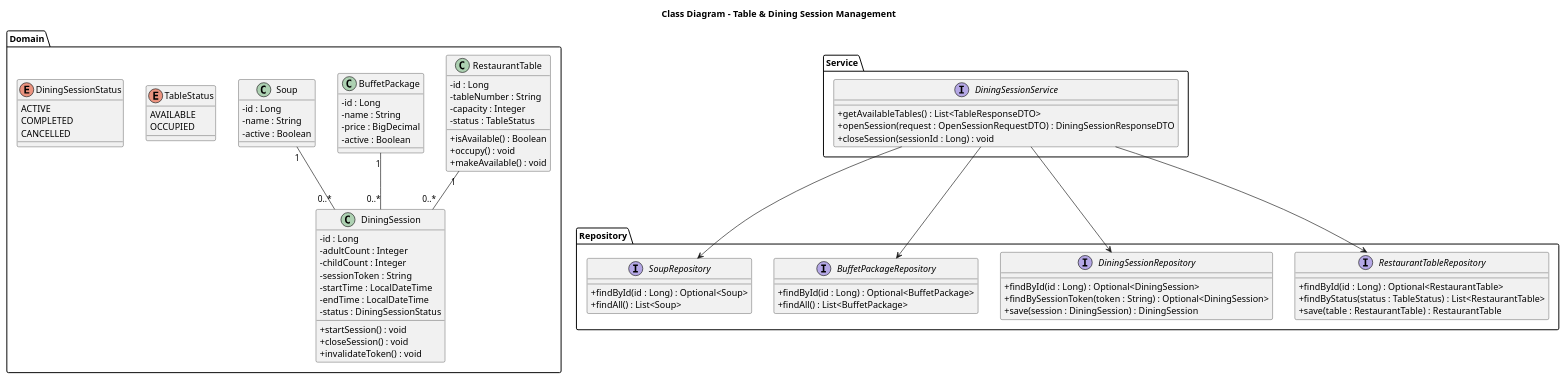
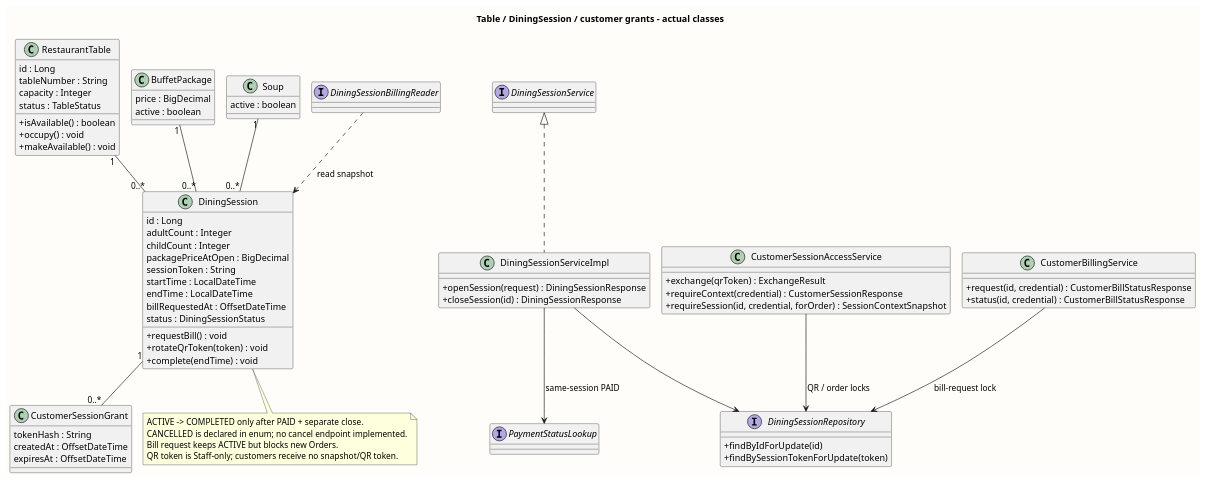
The diagram in doc/diagrams/class-table-session.puml (PavaritPramual/buffet-restaurant-management-system), drawn with PlantUML before and after one commit. The commit also changed 22 other files, not shown here.

Commit message:
docs: align component and session diagrams with runtime flow

```diff
--- a/doc/diagrams/class-table-session.puml
+++ b/doc/diagrams/class-table-session.puml
@@ -1,97 +1,79 @@
 @startuml
-title Class Diagram - Table & Dining Session Management
-
+!pragma layout smetana
+skinparam shadowing false
 skinparam classAttributeIconSize 0
-skinparam shadowing false
-
-package "Domain" {
-    class RestaurantTable {
-        - id : Long
-        - tableNumber : String
-        - capacity : Integer
-        - status : TableStatus
-        + isAvailable() : Boolean
-        + occupy() : void
-        + makeAvailable() : void
-    }
-
-    class DiningSession {
-        - id : Long
-        - adultCount : Integer
-        - childCount : Integer
-        - sessionToken : String
-        - startTime : LocalDateTime
-        - endTime : LocalDateTime
-        - status : DiningSessionStatus
-        + startSession() : void
-        + closeSession() : void
-        + invalidateToken() : void
-    }
-
-    class BuffetPackage {
-        - id : Long
-        - name : String
-        - price : BigDecimal
-        - active : Boolean
-    }
-
-    class Soup {
-        - id : Long
-        - name : String
-        - active : Boolean
-    }
-
-    enum TableStatus {
-        AVAILABLE
-        OCCUPIED
-    }
-
-    enum DiningSessionStatus {
-        ACTIVE
-        COMPLETED
-        CANCELLED
-    }
+skinparam backgroundColor #FFFDF9
+skinparam defaultFontName Tahoma
+title Table / DiningSession / customer grants - actual classes
+class RestaurantTable {
+ id : Long
+ tableNumber : String
+ capacity : Integer
+ status : TableStatus
+ +isAvailable() : boolean
+ +occupy() : void
+ +makeAvailable() : void
 }
-
-package "Repository" {
-    interface RestaurantTableRepository {
-        + findById(id : Long) : Optional<RestaurantTable>
-        + findByStatus(status : TableStatus) : List<RestaurantTable>
-        + save(table : RestaurantTable) : RestaurantTable
-    }
-
-    interface DiningSessionRepository {
-        + findById(id : Long) : Optional<DiningSession>
-        + findBySessionToken(token : String) : Optional<DiningSession>
-        + save(session : DiningSession) : DiningSession
-    }
-
-    interface BuffetPackageRepository {
-        + findById(id : Long) : Optional<BuffetPackage>
-        + findAll() : List<BuffetPackage>
-    }
-
-    interface SoupRepository {
-        + findById(id : Long) : Optional<Soup>
-        + findAll() : List<Soup>
-    }
+class DiningSession {
+ id : Long
+ adultCount : Integer
+ childCount : Integer
+ packagePriceAtOpen : BigDecimal
+ sessionToken : String
+ startTime : LocalDateTime
+ endTime : LocalDateTime
+ billRequestedAt : OffsetDateTime
+ status : DiningSessionStatus
+ +requestBill() : void
+ +rotateQrToken(token) : void
+ +complete(endTime) : void
 }
-
-package "Service" {
-    interface DiningSessionService {
-        + getAvailableTables() : List<TableResponseDTO>
-        + openSession(request : OpenSessionRequestDTO) : DiningSessionResponseDTO
-        + closeSession(sessionId : Long) : void
-    }
+class CustomerSessionGrant {
+ tokenHash : String
+ createdAt : OffsetDateTime
+ expiresAt : OffsetDateTime
 }
-
+class BuffetPackage {
+ price : BigDecimal
+ active : boolean
+}
+class Soup {
+ active : boolean
+}
+interface DiningSessionService
+class DiningSessionServiceImpl {
+ +openSession(request) : DiningSessionResponse
+ +closeSession(id) : DiningSessionResponse
+}
+class CustomerSessionAccessService {
+ +exchange(qrToken) : ExchangeResult
+ +requireContext(credential) : CustomerSessionResponse
+ +requireSession(id, credential, forOrder) : SessionContextSnapshot
+}
+class CustomerBillingService {
+ +request(id, credential) : CustomerBillStatusResponse
+ +status(id, credential) : CustomerBillStatusResponse
+}
+interface DiningSessionBillingReader
+interface PaymentStatusLookup
+interface DiningSessionRepository {
+ +findByIdForUpdate(id)
+ +findBySessionTokenForUpdate(token)
+}
 RestaurantTable "1" -- "0..*" DiningSession
 BuffetPackage "1" -- "0..*" DiningSession
 Soup "1" -- "0..*" DiningSession
-
-DiningSessionService --> RestaurantTableRepository
-DiningSessionService --> DiningSessionRepository
-DiningSessionService --> BuffetPackageRepository
-DiningSessionService --> SoupRepository
-
+DiningSession "1" -- "0..*" CustomerSessionGrant
+DiningSessionService <|.. DiningSessionServiceImpl
+DiningSessionServiceImpl --> DiningSessionRepository
+DiningSessionServiceImpl --> PaymentStatusLookup : same-session PAID
+CustomerSessionAccessService --> DiningSessionRepository : QR / order locks
+CustomerBillingService --> DiningSessionRepository : bill-request lock
+DiningSessionBillingReader ..> DiningSession : read snapshot
+note bottom of DiningSession
+ ACTIVE -> COMPLETED only after PAID + separate close.
+ CANCELLED is declared in enum; no cancel endpoint implemented.
+ Bill request keeps ACTIVE but blocks new Orders.
+ QR token is Staff-only; customers receive no snapshot/QR token.
+end note
 @enduml
```
